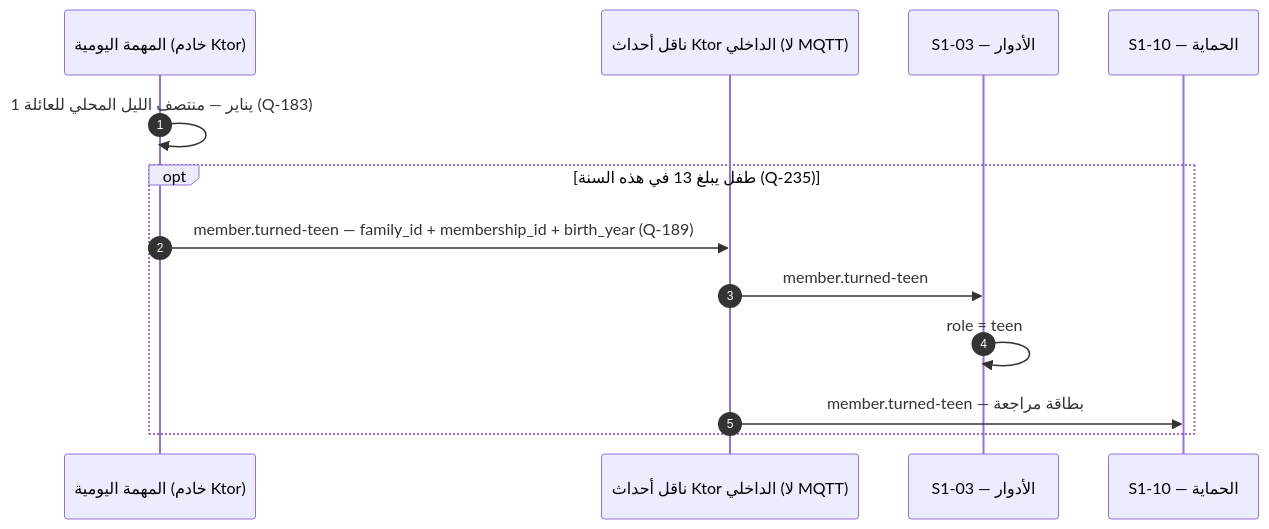
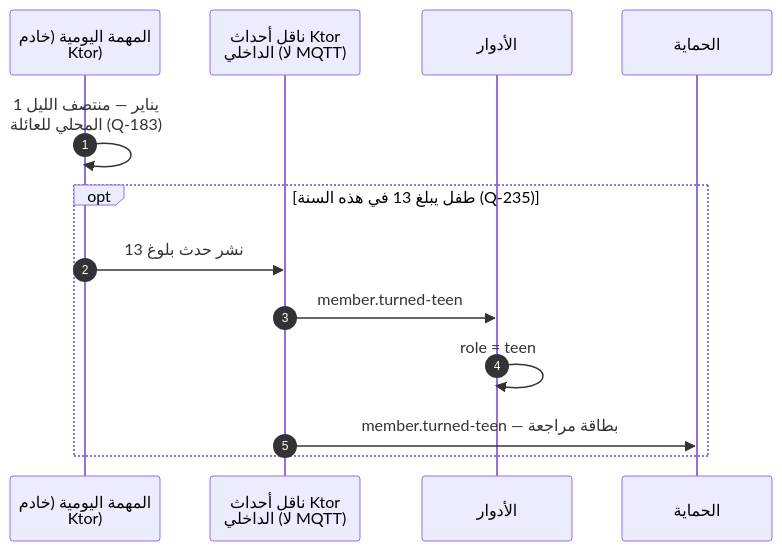
One commit to Bassam-mohammed-alqaeadi/family-os-v2 changed diagram 19 of 36 in docs/family-os/governance/phases/phase-1/S1-02-identity-and-onboarding/DIAGRAMS.md. Above: the diagram before and after it, drawn with Mermaid. The commit also changed other lines of this file, not shown here.

````diff
--- a/docs/family-os/governance/phases/phase-1/S1-02-identity-and-onboarding/DIAGRAMS.md
+++ b/docs/family-os/governance/phases/phase-1/S1-02-identity-and-onboarding/DIAGRAMS.md
@@ -747,15 +807,16 @@
 ```mermaid
+%%{init: {"sequence": {"wrap": true}}}%%
 sequenceDiagram
     autonumber
     participant Job as المهمة اليومية (خادم Ktor)
     participant Bus as ناقل أحداث Ktor الداخلي (لا MQTT)
-    participant S103 as S1-03 — الأدوار
-    participant S110 as S1-10 — الحماية
+    participant S103 as الأدوار
+    participant S110 as الحماية
     Job->>Job: 1 يناير — منتصف الليل المحلي للعائلة (Q-183)
     opt طفل يبلغ 13 في هذه السنة (Q-235)
-        Job->>Bus: member.turned-teen — family_id + membership_id + birth_year (Q-189)
+        Job->>Bus: نشر حدث بلوغ 13
         Bus->>S103: member.turned-teen
         S103->>S103: role = teen
         Bus->>S110: member.turned-teen — بطاقة مراجعة
     end
 ```
````
